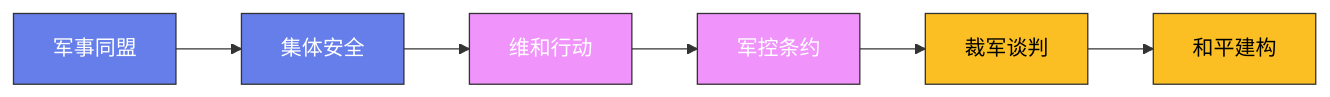
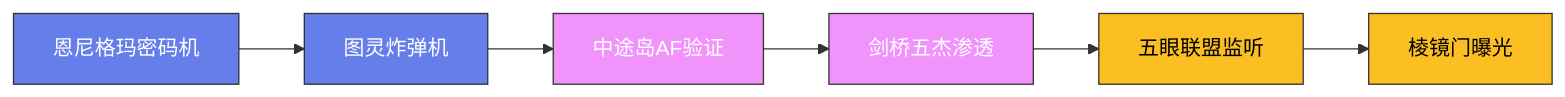
The diagram in content/posts/ModelCreate/军事史/18-情报与密码战.md (Fengur/Fengur.github.io), drawn with Mermaid before and after one commit. The commit also changed 28 other files, not shown here.

````diff
--- a/content/posts/ModelCreate/军事史/18-情报与密码战.md
+++ b/content/posts/ModelCreate/军事史/18-情报与密码战.md
@@ -33,16 +33,16 @@
 ```mermaid
 graph LR
-    A["军事同盟"] --> B["集体安全"]
-    B --> C["维和行动"]
-    C --> D["军控条约"]
-    D --> E["裁军谈判"]
-    E --> F["和平建构"]
+    A["恩尼格玛密码机"] --> B["图灵炸弹机"]
+    B --> C["中途岛AF验证"]
+    C --> D["剑桥五杰渗透"]
+    D --> E["五眼联盟监听"]
+    E --> F["棱镜门曝光"]
 
     classDef early fill:#667eea,stroke:#333,color:white
     classDef mid fill:#f093fb,stroke:#333,color:white
     classDef modern fill:#fbbf24,stroke:#333,color:black
 
     class A,B early
     class C,D mid
     class E,F modern
 ```
````
